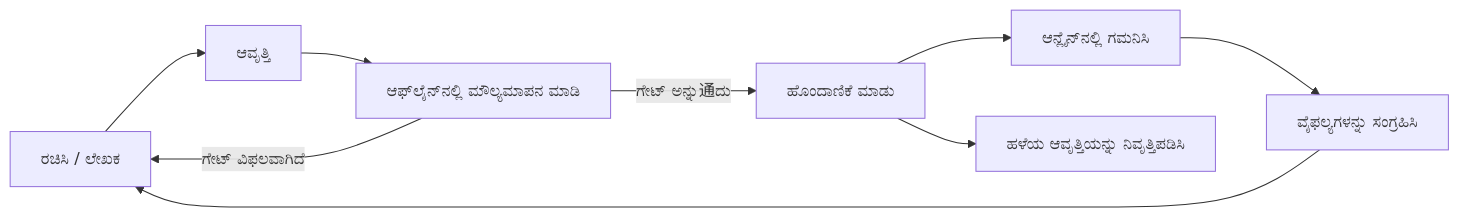
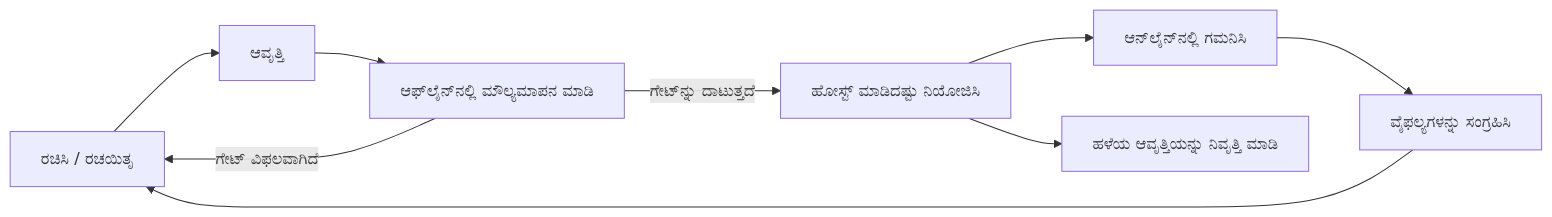
The second of 4 diagrams in mirrors/repos/microsoft@ai-agents-for-beginners/translations/kn/16-deploying-scalable-agents/README.md (gabrielmoreira/agent-skills-mirror), drawn with Mermaid before and after one commit. The commit also changed other lines of this file and 3581 other files, not shown here.

````diff
--- a/mirrors/repos/microsoft@ai-agents-for-beginners/translations/kn/16-deploying-scalable-agents/README.md
+++ b/mirrors/repos/microsoft@ai-agents-for-beginners/translations/kn/16-deploying-scalable-agents/README.md
@@ -108,11 +108,11 @@
 ```mermaid
 flowchart LR
-    Create[ರಚಿಸಿ / ಲೇಖಕ] --> Version[ಆವೃತ್ತಿ]
+    Create[ರಚಿಸಿ / ರಚಯಿತೃ] --> Version[ಆವೃತ್ತಿ]
     Version --> Evaluate[ಆಫ್‌ಲೈನ್‌ನಲ್ಲಿ ಮೌಲ್ಯಮಾಪನ ಮಾಡಿ]
-    Evaluate -->|ಗೇಟ್ ಅನ್ನು通ದು| Deploy[ಹೊಂದಾಣಿಕೆ ಮಾಡು]
+    Evaluate -->|ಗೇಟ್‌ನ್ನು ದಾಟುತ್ತದೆ| Deploy[ಹೋಸ್ಟ್ ಮಾಡಿದಷ್ಟು ನಿಯೋಜಿಸಿ]
     Evaluate -->|ಗೇಟ್ ವಿಫಲವಾಗಿದೆ| Create
-    Deploy --> Observe[ಆನ್ಲೈನ್‌ನಲ್ಲಿ ಗಮನಿಸಿ]
+    Deploy --> Observe[ಆನ್‌ಲೈನ್‌ನಲ್ಲಿ ಗಮನಿಸಿ]
     Observe --> Improve[ವೈಫಲ್ಯಗಳನ್ನು ಸಂಗ್ರಹಿಸಿ]
     Improve --> Create
-    Deploy --> Retire[ಹಳೆಯ ಆವೃತ್ತಿಯನ್ನು ನಿವೃತ್ತಿಪಡಿಸಿ]
+    Deploy --> Retire[ಹಳೆಯ ಆವೃತ್ತಿಯನ್ನು ನಿವೃತ್ತಿ ಮಾಡಿ]
 ```
````
